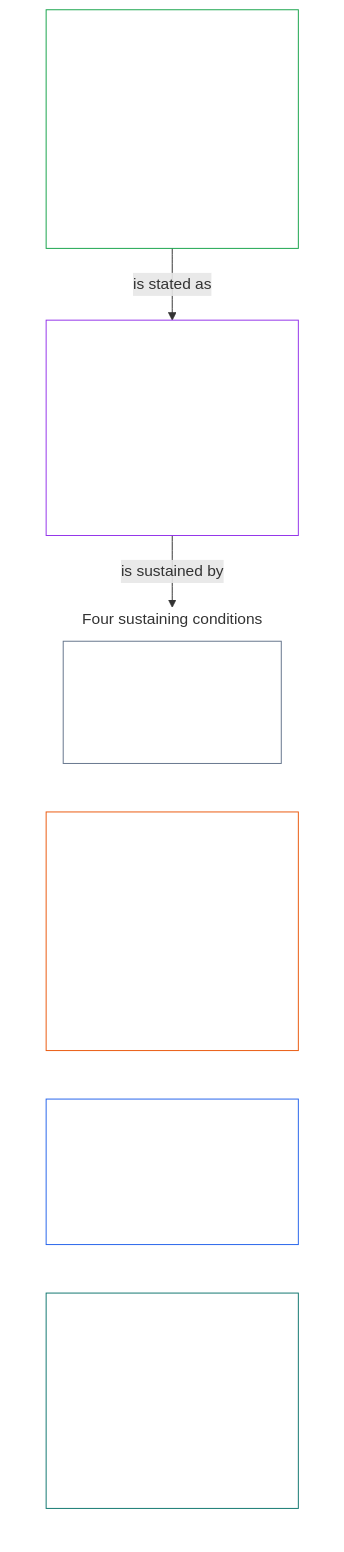
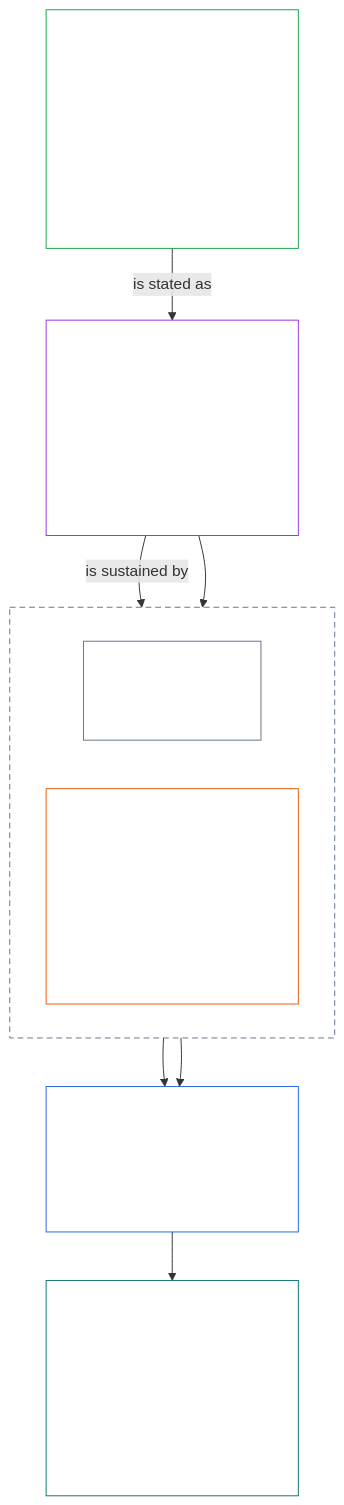
The second of 3 diagrams in core_01_a_values_principles.md (kfoelsch/Sentient_Constitution), drawn with Mermaid before and after one commit. The commit also changed other lines of this file and 9 other files, not shown here.

First line of the commit message:
Restructure Flourishing chart: Safety and Truth feed Trust, then Freedom

````diff
--- a/core_01_a_values_principles.md
+++ b/core_01_a_values_principles.md
@@ -200,21 +200,25 @@
 ```mermaid
 flowchart TB
     F["Flourishing aim<br/><br/>• Sentient wellbeing sustained through truth, safety,<br/>trustworthiness, and meaningful agency<br/>• Always bounded by the Rights Floor"]
     W["§3 Wellbeing (the outcome)<br/><br/>• §3.1 Fairness<br/>• §3.2 Recognition, Reinforcement, and Aspiration<br/>• §3.3 Anti-Degrading Process"]
-    subgraph Conditions["Four sustaining conditions"]
+    subgraph NN["Non-Negotiable (§2.1)"]
         direction LR
-        S["§4 Safety<br/><br/>• Harm constraint<br/>• Non-negotiable (§2.1)"]
-        T["§5 Truth<br/><br/>• Epistemic integrity<br/>• Non-negotiable (§2.1)<br/>• §5.1 Science-Informed Inquiry<br/>and Decision Support<br/>• §5.2 Plain-Language Accessibility"]
-        R["§6 Trust<br/><br/>• Coordination integrity<br/>• §6.1 Correction and Remedy"]
-        G["§7 Freedom<br/><br/>• Bounded agency<br/>• §7.1 Limitation Discipline<br/>• §7.2 to §7.5 Exit, assembly,<br/>dissent, and worldview neutrality"]
+        S["§4 Safety<br/><br/>• Harm constraint"]
+        T["§5 Truth<br/><br/>• Epistemic integrity<br/>• §5.1 Science-Informed Inquiry<br/>and Decision Support<br/>• §5.2 Plain-Language Accessibility"]
     end
+    R["§6 Trust<br/><br/>• Coordination integrity<br/>• §6.1 Correction and Remedy"]
+    G["§7 Freedom<br/><br/>• Bounded agency<br/>• §7.1 Limitation Discipline<br/>• §7.2 to §7.5 Exit, assembly,<br/>dissent, and worldview neutrality"]
     F -->|"is stated as"| W
-    W -->|"is sustained by"| Conditions
-    style Conditions fill:none,stroke:none
+    W -->|"is sustained by"| S
+    W --> T
+    S --> R
+    T --> R
+    R --> G
+    style NN fill:none,stroke:#64748b,stroke-dasharray:6 4,color:#ffffff
     style F fill:none,stroke:#16a34a,color:#ffffff
     style W fill:none,stroke:#9333ea,color:#ffffff
     style S fill:none,stroke:#64748b,color:#ffffff
     style T fill:none,stroke:#ea580c,color:#ffffff
     style R fill:none,stroke:#2563eb,color:#ffffff
     style G fill:none,stroke:#0f766e,color:#ffffff
 ```
````
